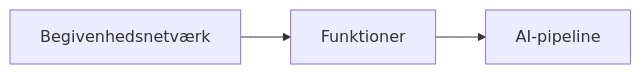
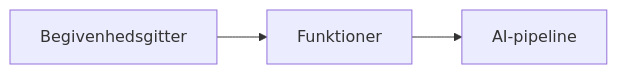
The second of 2 diagrams in translations/da/docs/chapter-08-production/README.md (microsoft/AZD-for-beginners), drawn with Mermaid before and after one commit. The commit also changed other lines of this file and 101 other files, not shown here.

````diff
--- a/translations/da/docs/chapter-08-production/README.md
+++ b/translations/da/docs/chapter-08-production/README.md
@@ -54,4 +56,4 @@
 ```mermaid
 graph LR
-    EventGrid[Begivenhedsnetværk] --> Functions[Funktioner] --> Pipeline[AI-pipeline]
+    EventGrid[Begivenhedsgitter] --> Functions[Funktioner] --> Pipeline[AI-pipeline]
 ```
````
